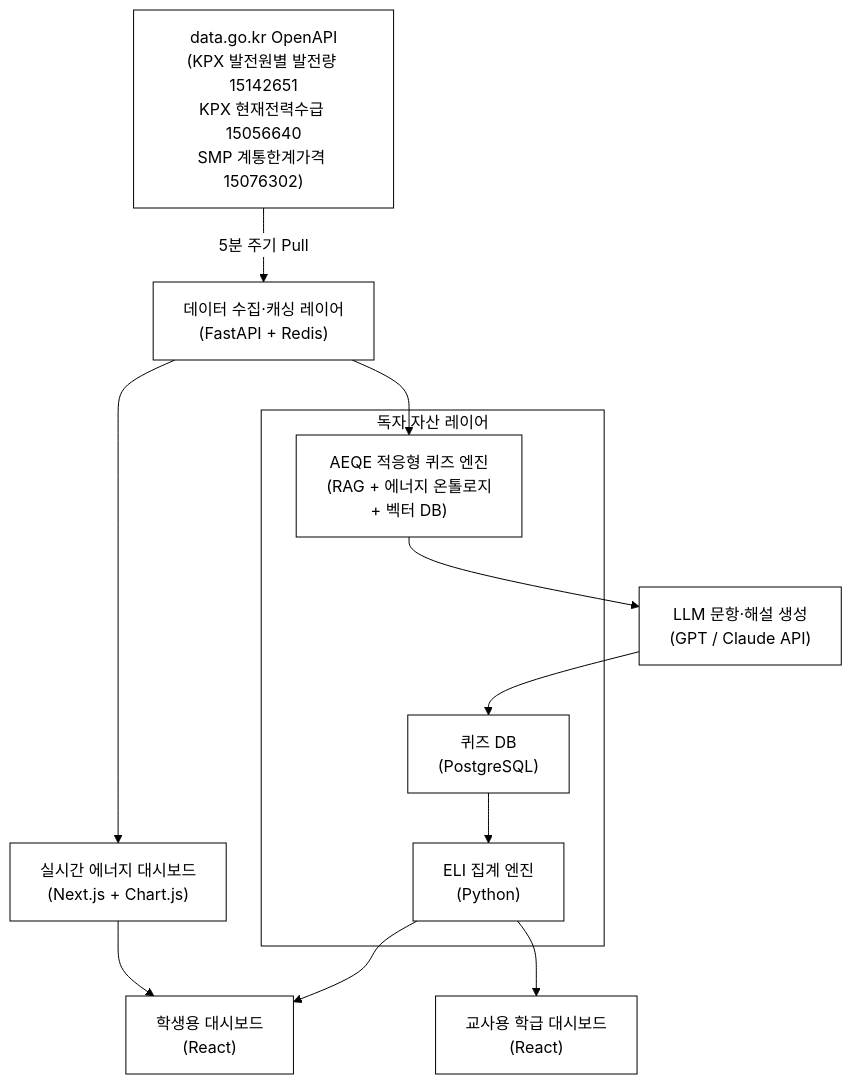
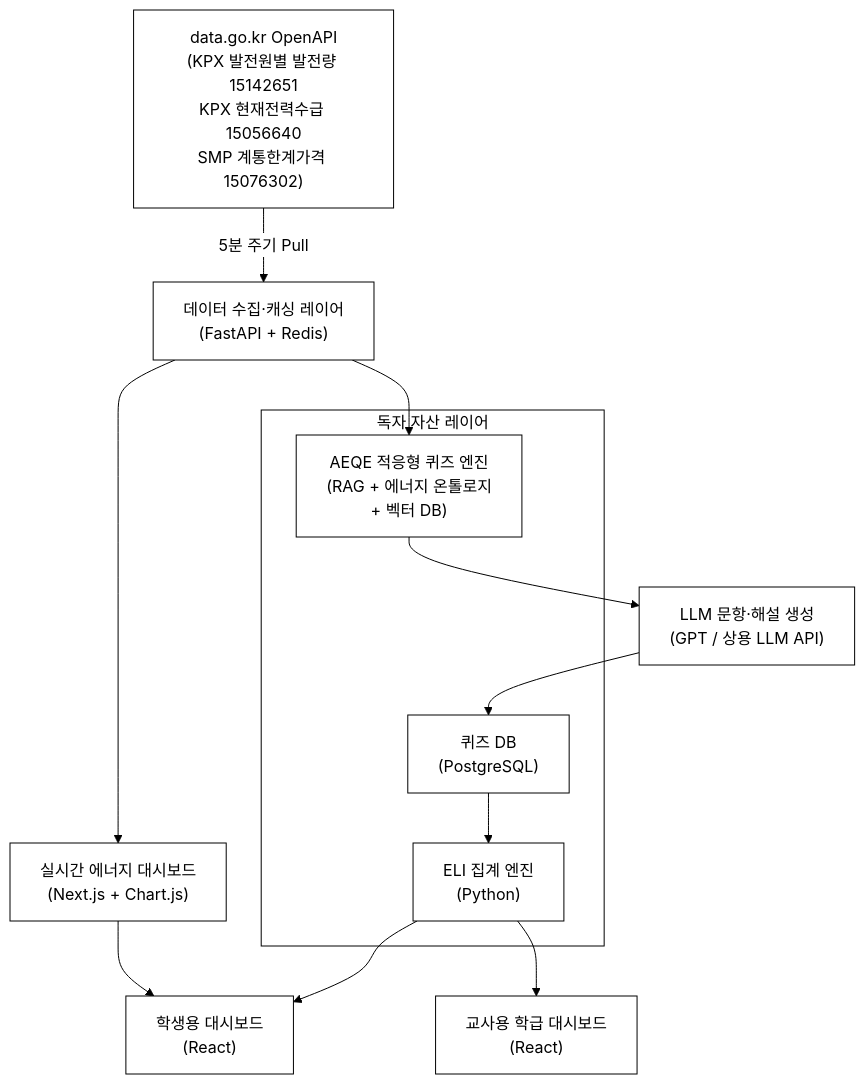
The first of 5 diagrams in 22-시민-에너지리터러시-게임/biz/1_제안서.md (iamywl/pulicdata-congress), drawn with Mermaid before and after one commit. The commit also changed other lines of this file and 16 other files, not shown here.

````diff
--- a/22-시민-에너지리터러시-게임/biz/1_제안서.md
+++ b/22-시민-에너지리터러시-게임/biz/1_제안서.md
@@ -59,18 +59,18 @@
 ```mermaid
 %%{init: {'theme':'base','themeVariables':{'background':'#ffffff','primaryColor':'#ffffff','primaryBorderColor':'#000000','primaryTextColor':'#000000','secondaryColor':'#ffffff','secondaryBorderColor':'#000000','secondaryTextColor':'#000000','tertiaryColor':'#ffffff','tertiaryBorderColor':'#000000','tertiaryTextColor':'#000000','mainBkg':'#ffffff','secondBkg':'#ffffff','lineColor':'#000000','textColor':'#000000','clusterBkg':'#ffffff','clusterBorder':'#000000','edgeLabelBackground':'#ffffff','actorBkg':'#ffffff','actorBorder':'#000000','noteBkgColor':'#ffffff','noteBorderColor':'#000000','signalColor':'#000000','signalTextColor':'#000000','fontFamily':'Georgia, serif'}}}%%
 flowchart TD
     A["data.go.kr OpenAPI\n(KPX 발전원별 발전량 15142651\nKPX 현재전력수급 15056640\nSMP 계통한계가격 15076302)"] -->|"5분 주기 Pull"| B["데이터 수집·캐싱 레이어\n(FastAPI + Redis)"]
     B --> C["실시간 에너지 대시보드\n(Next.js + Chart.js)"]
     B --> D["AEQE 적응형 퀴즈 엔진\n(RAG + 에너지 온톨로지\n+ 벡터 DB)"]
-    D --> E["LLM 문항·해설 생성\n(GPT / Claude API)"]
+    D --> E["LLM 문항·해설 생성\n(GPT / 상용 LLM API)"]
     E --> F["퀴즈 DB\n(PostgreSQL)"]
     F --> G["ELI 집계 엔진\n(Python)"]
     G --> H["학생용 대시보드\n(React)"]
     G --> I["교사용 학급 대시보드\n(React)"]
     C --> H
     subgraph "독자 자산 레이어"
         D
         F
         G
     end
 ```
````
